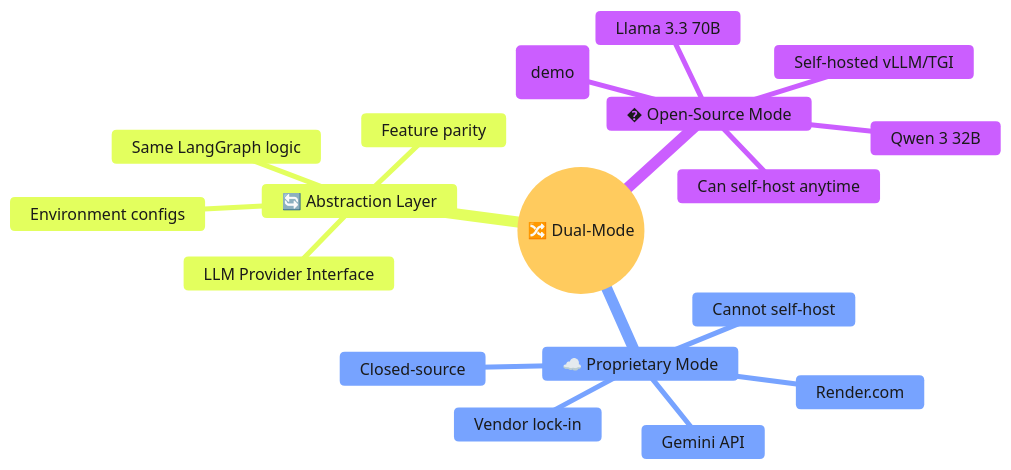
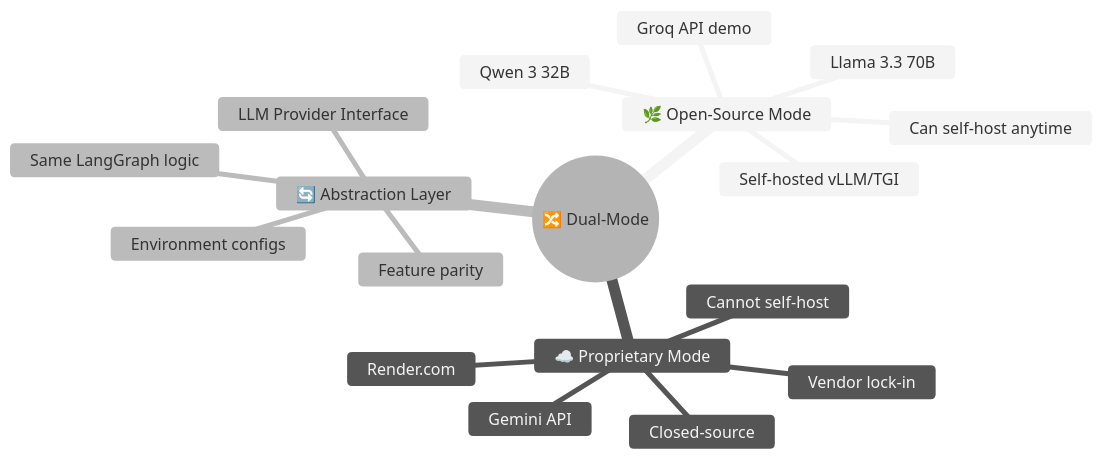
The third of 5 diagrams in docs/zekalab/12-DUAL-MODE-DEPLOYMENT.md (Px8Studio/yonja), drawn with Mermaid before and after one commit. The commit also changed other lines of this file and 15 other files, not shown here.

````diff
--- a/docs/zekalab/12-DUAL-MODE-DEPLOYMENT.md
+++ b/docs/zekalab/12-DUAL-MODE-DEPLOYMENT.md
@@ -20,22 +51,22 @@
 ```mermaid
-%%{init: {'theme': 'base', 'themeVariables': { 'primaryTextColor': '#1a1a1a', 'lineColor': '#424242'}}}%%
+%%{init: {'theme': 'neutral'}}%%
 mindmap
   root((🔀 Dual-Mode))
-    � Open-Source Mode
-      Groq API (demo)
+    🌿 Open-Source Mode
+      Groq API demo
       Self-hosted vLLM/TGI
       Llama 3.3 70B
       Qwen 3 32B
       Can self-host anytime
     ☁️ Proprietary Mode
       Render.com
       Gemini API
       Closed-source
       Cannot self-host
       Vendor lock-in
     🔄 Abstraction Layer
       LLM Provider Interface
       Same LangGraph logic
       Feature parity
       Environment configs
 ```
````
